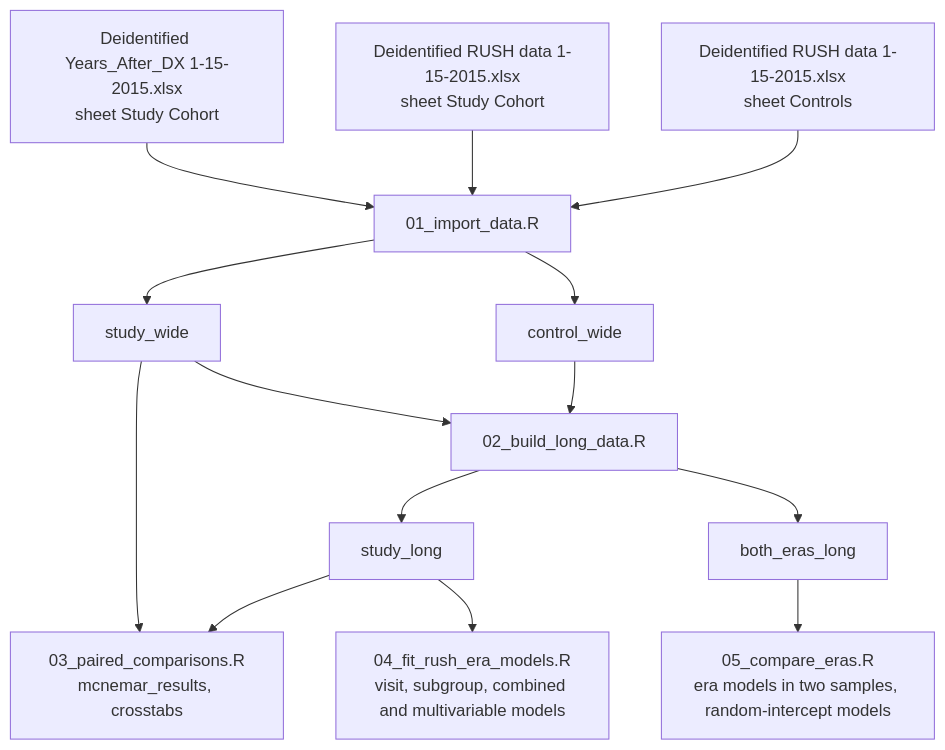
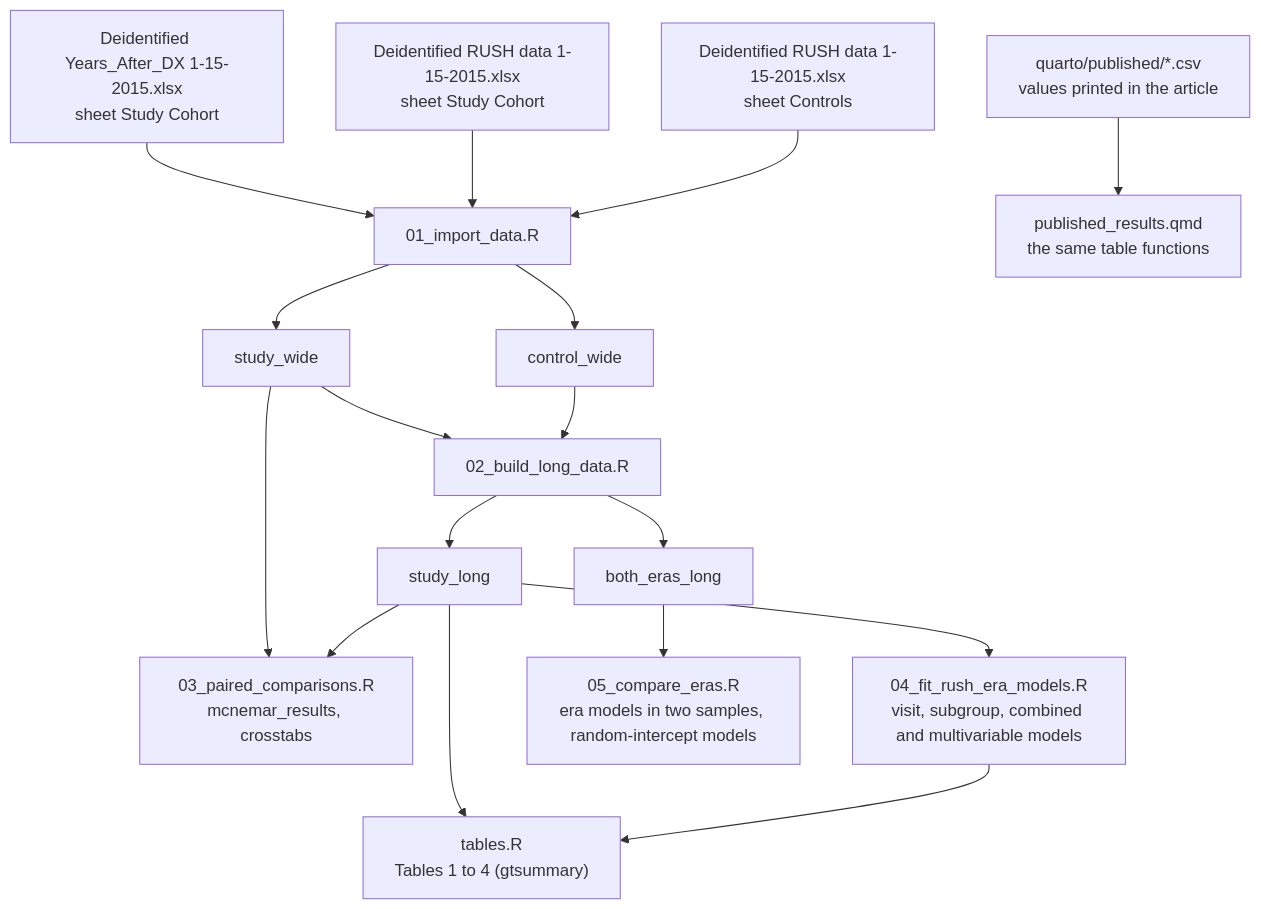
One commit to VagishHemmige/Harris-Health-RUSH changed the diagram in ARCHITECTURE.md. Above: the diagram before and after it, drawn with Mermaid. The commit also changed other lines of this file and 19 other files, not shown here.

First line of the commit message:
Build the article's Tables 1 to 4 with gtsummary, and show them with the printed values

````diff
--- a/ARCHITECTURE.md
+++ b/ARCHITECTURE.md
@@ -21,16 +22,19 @@
 ```mermaid
 flowchart TD
   Y["Deidentified Years_After_DX 1-15-2015.xlsx<br/>sheet Study Cohort"] --> I["01_import_data.R"]
   W1["Deidentified RUSH data 1-15-2015.xlsx<br/>sheet Study Cohort"] --> I
   W2["Deidentified RUSH data 1-15-2015.xlsx<br/>sheet Controls"] --> I
   I --> SW["study_wide"]
   I --> CW["control_wide"]
   SW --> L["02_build_long_data.R"]
   CW --> L
   L --> SL["study_long"]
   L --> BE["both_eras_long"]
   SW --> P["03_paired_comparisons.R<br/>mcnemar_results, crosstabs"]
   SL --> P
   SL --> R["04_fit_rush_era_models.R<br/>visit, subgroup, combined and multivariable models"]
   BE --> E["05_compare_eras.R<br/>era models in two samples, random-intercept models"]
+  SL --> T["tables.R<br/>Tables 1 to 4 (gtsummary)"]
+  R --> T
+  PV["quarto/published/*.csv<br/>values printed in the article"] --> S["published_results.qmd<br/>the same table functions"]
 ```
````
